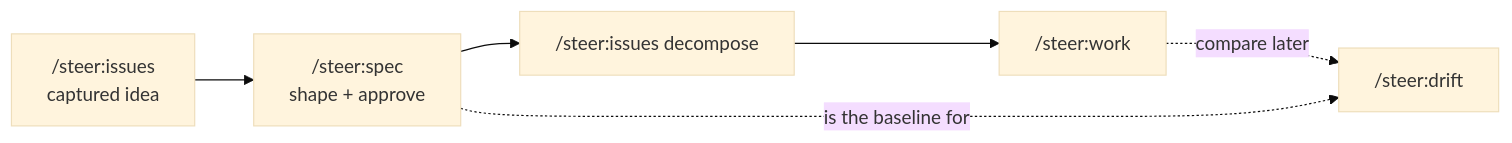
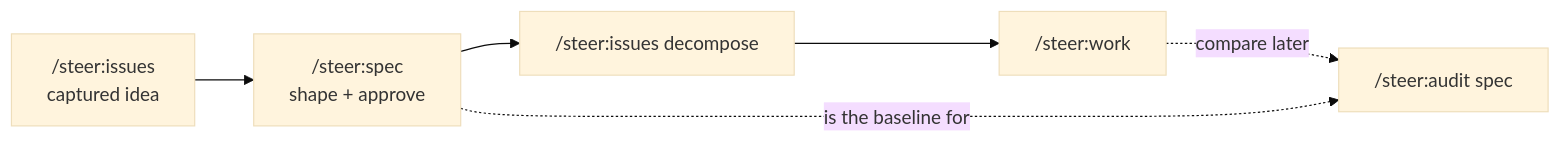
Before and after one commit to element22llc/e22-plugins: the diagram in docs/workflows/spec.md, drawn with Mermaid (base theme). The commit also changed other lines of this file and 37 other files, not shown here.

First line of the commit message:
feat(audit)!: merge drift into /steer:audit as [code|spec|all] modes (#185)

````diff
--- a/docs/workflows/spec.md
+++ b/docs/workflows/spec.md
@@ -37,8 +37,8 @@
 ```mermaid
 flowchart LR
     issue["/steer:issues<br/>captured idea"] --> spec["/steer:spec<br/>shape + approve"]
     spec --> decompose["/steer:issues decompose"]
     decompose --> work["/steer:work"]
-    work -. compare later .-> drift["/steer:drift"]
+    work -. compare later .-> drift["/steer:audit spec"]
     spec -. is the baseline for .-> drift
 ```
````
